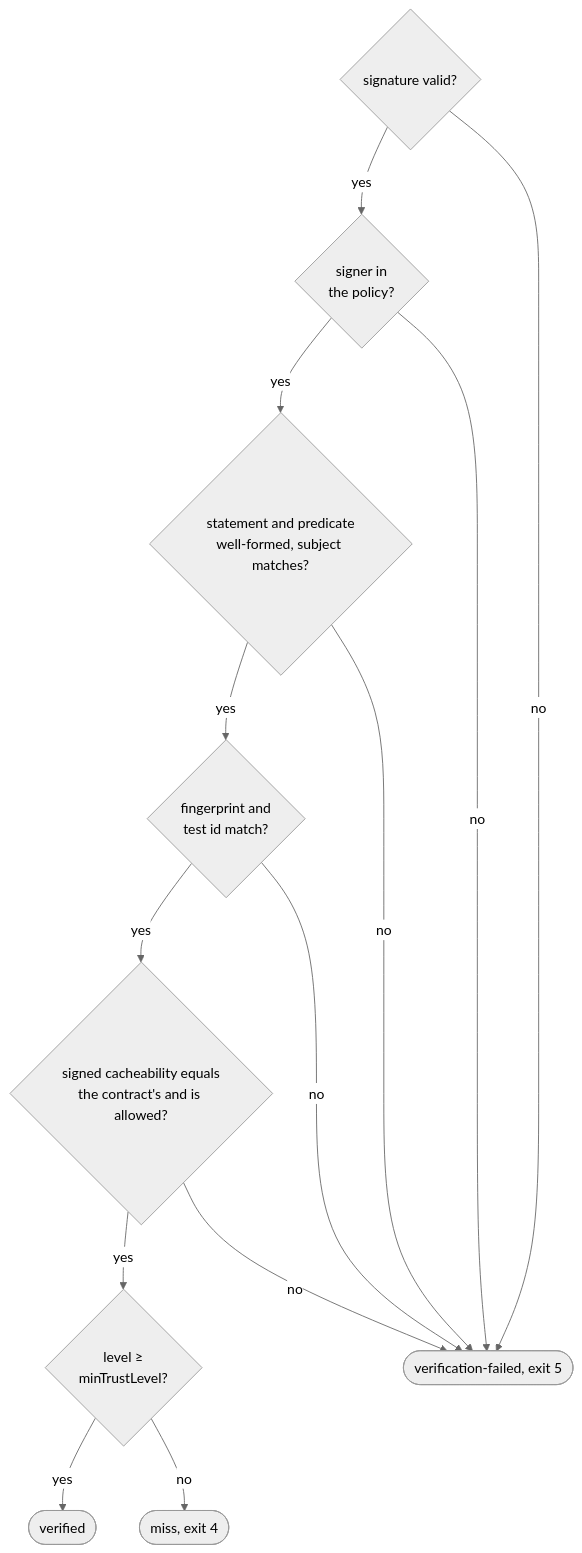
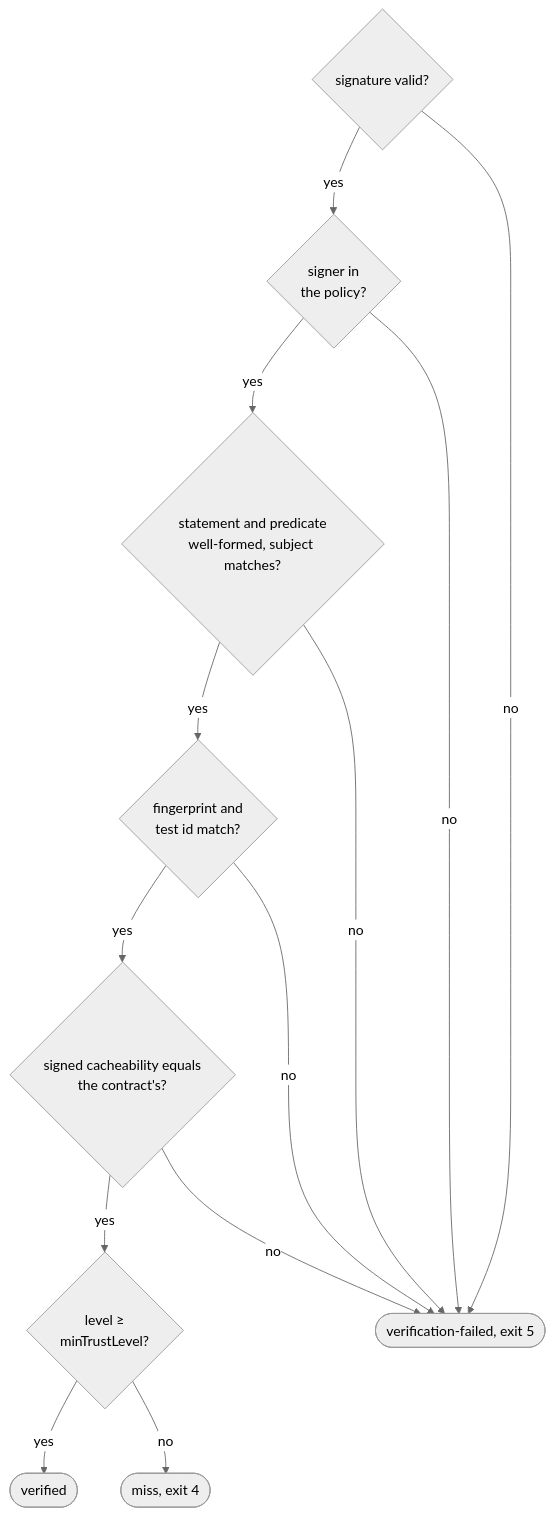
The diagram in docs/trust-model.md (TrianaLab/aval), drawn with Mermaid (neutral theme) before and after one commit. The commit also changed other lines of this file and 8 other files, not shown here.

````diff
--- a/docs/trust-model.md
+++ b/docs/trust-model.md
@@ -99,15 +99,15 @@
 ```mermaid
 flowchart TB
   sig{signature valid?} -- yes --> who{signer in<br>the policy?}
   who -- yes --> st{statement and predicate<br>well-formed, subject matches?}
   st -- yes --> fp{fingerprint and<br>test id match?}
-  fp -- yes --> cls{signed cacheability equals<br>the contract's and is allowed?}
+  fp -- yes --> cls{signed cacheability equals<br>the contract's?}
   cls -- yes --> lvl{level ≥<br>minTrustLevel?}
   lvl -- yes --> ok([verified]):::ok
   lvl -- no --> miss([miss, exit 4]):::muted
   sig -- no --> bad([verification-failed, exit 5]):::err
   who -- no --> bad
   st -- no --> bad
   fp -- no --> bad
   cls -- no --> bad
 ```
````
